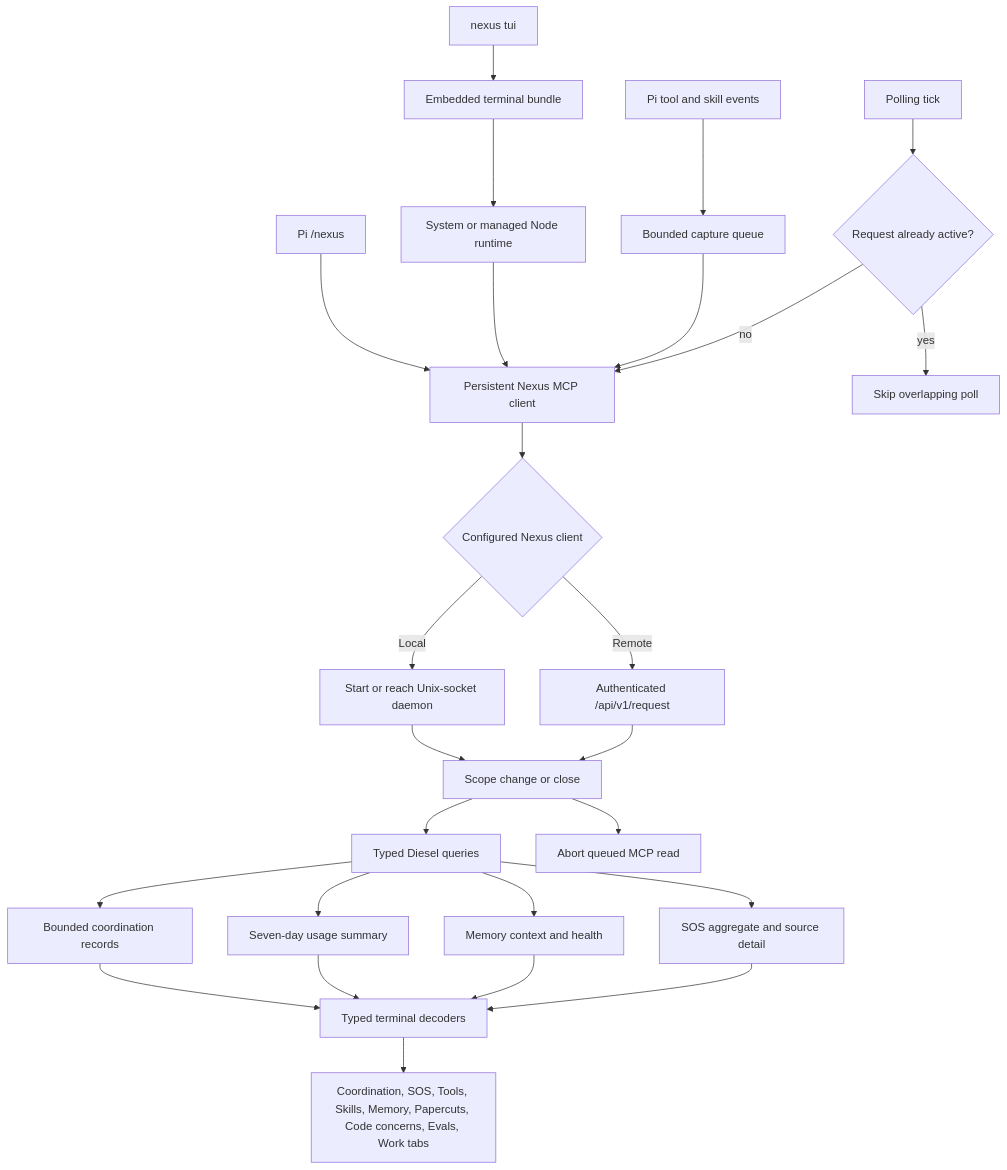
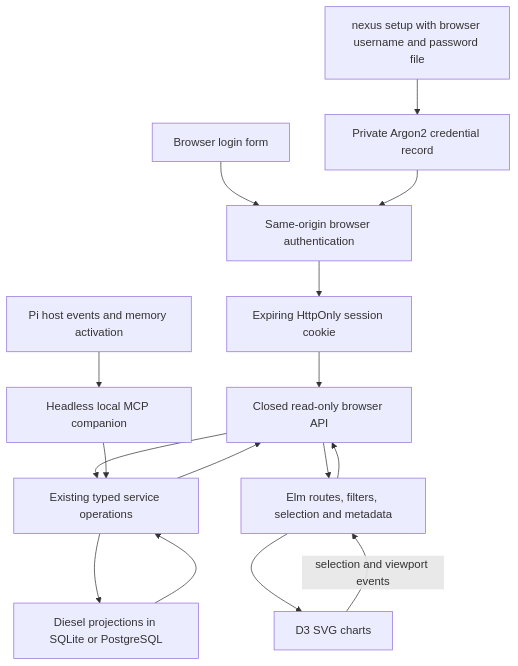
One commit to warrenronsiek/nexus changed the diagram in docs/features/observability-ui.md. Above: the diagram before and after it, drawn with Mermaid. The commit also changed other lines of this file and 218 other files, not shown here.

Commit message:
Replace terminal dashboard with authenticated Elm and D3 web UI

````diff
--- a/docs/features/observability-ui.md
+++ b/docs/features/observability-ui.md
@@ -23,28 +40,18 @@
 ```mermaid
 flowchart TD
-    A[Pi /nexus] --> B[Persistent Nexus MCP client]
-    C[nexus tui] --> D[Embedded terminal bundle]
-    D --> E[System or managed Node runtime]
-    E --> B
-    F[Pi tool and skill events] --> G[Bounded capture queue]
-    G --> B
-    B --> H{Configured Nexus client}
-    H -->|Local| I[Start or reach Unix-socket daemon]
-    H -->|Remote| J[Authenticated /api/v1/request]
-    I --> S[NexusService]
-    J --> S
-    S --> QD[Typed Diesel queries]
-    QD --> K[Bounded coordination records]
-    QD --> L[Seven-day usage summary]
-    QD --> M[Memory context and health]
-    QD --> SI[SOS aggregate and source detail]
-    K --> N[Typed terminal decoders]
-    L --> N
-    M --> N
-    SI --> N
-    N --> O[Coordination, SOS, Tools, Skills, Memory, Papercuts, Code concerns, Evals, Work tabs]
-    P[Polling tick] --> Q{Request already active?}
-    Q -->|yes| R[Skip overlapping poll]
-    Q -->|no| B
-    S[Scope change or close] --> T[Abort queued MCP read]
+    A[nexus setup with browser username and password file] --> B[Private Argon2 credential record]
+    C[Browser login form] --> D[Same-origin browser authentication]
+    B --> D
+    D --> E[Expiring HttpOnly session cookie]
+    E --> F[Closed read-only browser API]
+    G[Elm routes, filters, selection and metadata] --> F
+    F --> H[Existing typed service operations]
+    H --> I[Diesel projections in SQLite or PostgreSQL]
+    I --> H
+    H --> F
+    F --> G
+    G --> J[D3 SVG charts]
+    J -->|selection and viewport events| G
+    K[Pi host events and memory activation] --> L[Headless local MCP companion]
+    L --> H
 ```
````
